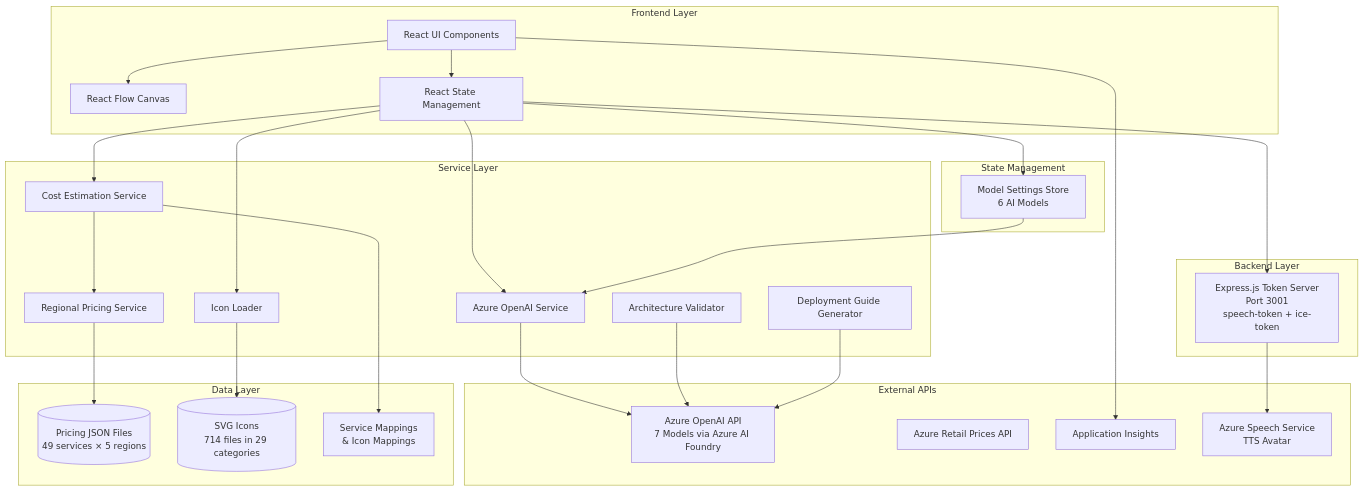
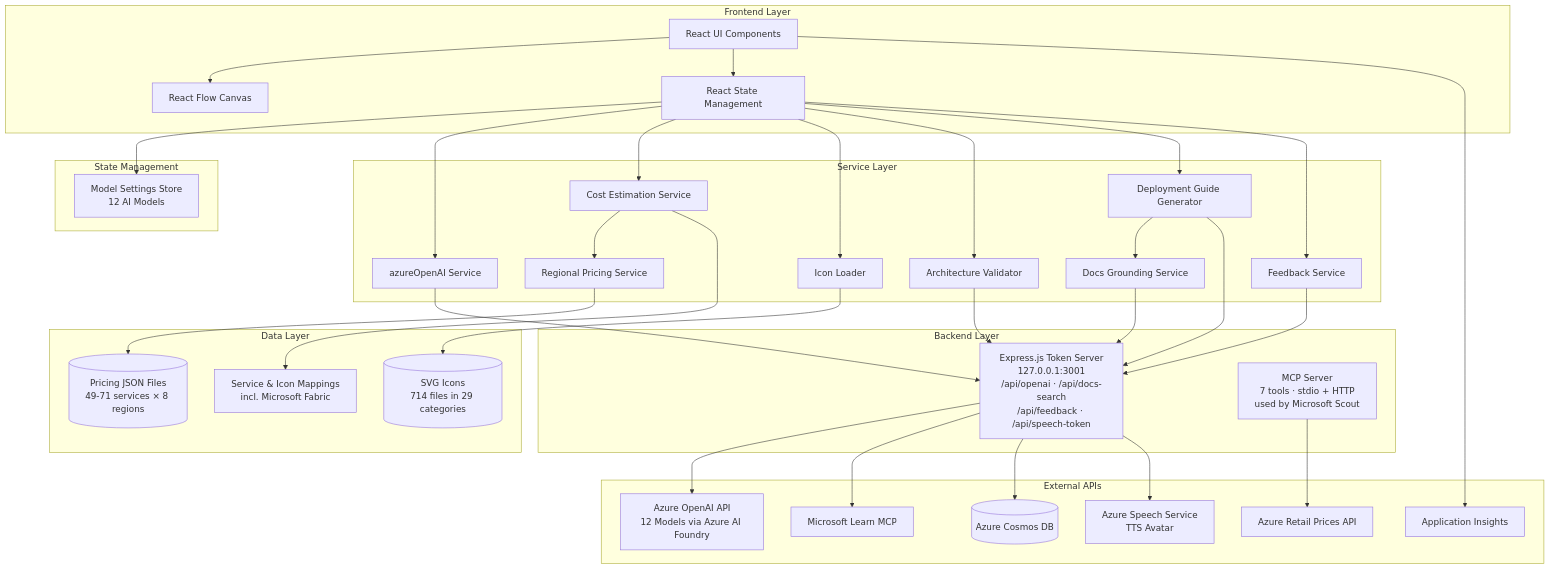
One commit to yang-jiayi/azure-architecture-diagram-builder changed the first of 5 diagrams in DOCS/ARCHITECTURE.md. Above: the diagram before and after it, drawn with Mermaid. The commit also changed other lines of this file, not shown here.

Commit message:
docs(architecture): server-proxy security model, MCP/Scout, Fabric, 12 models, 8 regions; fix stale mermaid + counts

````diff
--- a/DOCS/ARCHITECTURE.md
+++ b/DOCS/ARCHITECTURE.md
@@ -11,56 +15,69 @@
 ```mermaid
 graph TB
     subgraph "Frontend Layer"
         UI[React UI Components]
         RF[React Flow Canvas]
         State[React State Management]
     end
-    
+
     subgraph "Service Layer"
-        AI[Azure OpenAI Service]
+        AI[azureOpenAI Service]
         Pricing[Cost Estimation Service]
         Regional[Regional Pricing Service]
         Icons[Icon Loader]
         Validator[Architecture Validator]
         DeployGen[Deployment Guide Generator]
+        DocsGround[Docs Grounding Service]
+        Feedback[Feedback Service]
     end
-    
+
     subgraph "State Management"
-        ModelStore[Model Settings Store<br/>6 AI Models]
+        ModelStore[Model Settings Store<br/>12 AI Models]
     end
-    
+
     subgraph "Data Layer"
-        PricingData[(Pricing JSON Files<br/>49 services × 5 regions)]
+        PricingData[(Pricing JSON Files<br/>49-71 services × 8 regions)]
         IconData[(SVG Icons<br/>714 files in 29 categories)]
-        Mappings[Service Mappings<br/>& Icon Mappings]
+        Mappings[Service & Icon Mappings<br/>incl. Microsoft Fabric]
     end
-    
+
     subgraph "Backend Layer"
-        TokenServer[Express.js Token Server<br/>Port 3001<br/>speech-token + ice-token]
+        TokenServer[Express.js Token Server<br/>127.0.0.1:3001<br/>/api/openai · /api/docs-search<br/>/api/feedback · /api/speech-token]
+        MCP[MCP Server<br/>7 tools · stdio + HTTP<br/>used by Microsoft Scout]
     end
-    
+
     subgraph "External APIs"
-        OpenAI[Azure OpenAI API<br/>7 Models via Azure AI Foundry]
+        OpenAI[Azure OpenAI API<br/>12 Models via Azure AI Foundry]
+        LearnMCP[Microsoft Learn MCP]
         AzureAPI[Azure Retail Prices API]
+        Cosmos[(Azure Cosmos DB)]
         AppInsightsAPI[Application Insights]
         SpeechAPI[Azure Speech Service<br/>TTS Avatar]
     end
-    
+
     UI --> RF
     UI --> State
     State --> ModelStore
     State --> AI
     State --> Pricing
     State --> Icons
-    AI --> OpenAI
-    ModelStore --> AI
+    State --> Validator
+    State --> DeployGen
+    State --> Feedback
+    DeployGen --> DocsGround
+    AI --> TokenServer
+    Validator --> TokenServer
+    DeployGen --> TokenServer
+    DocsGround --> TokenServer
+    Feedback --> TokenServer
     Pricing --> Regional
     Regional --> PricingData
     Icons --> IconData
     Pricing --> Mappings
-    Validator --> OpenAI
-    DeployGen --> OpenAI
-    State --> TokenServer
+    TokenServer --> OpenAI
+    TokenServer --> LearnMCP
+    TokenServer --> Cosmos
     TokenServer --> SpeechAPI
     UI --> AppInsightsAPI
+    MCP --> AzureAPI
 ```
````
